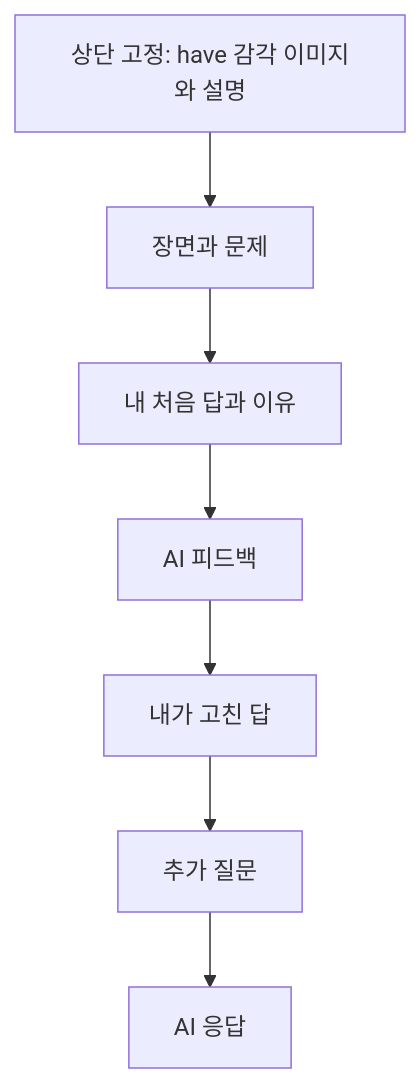
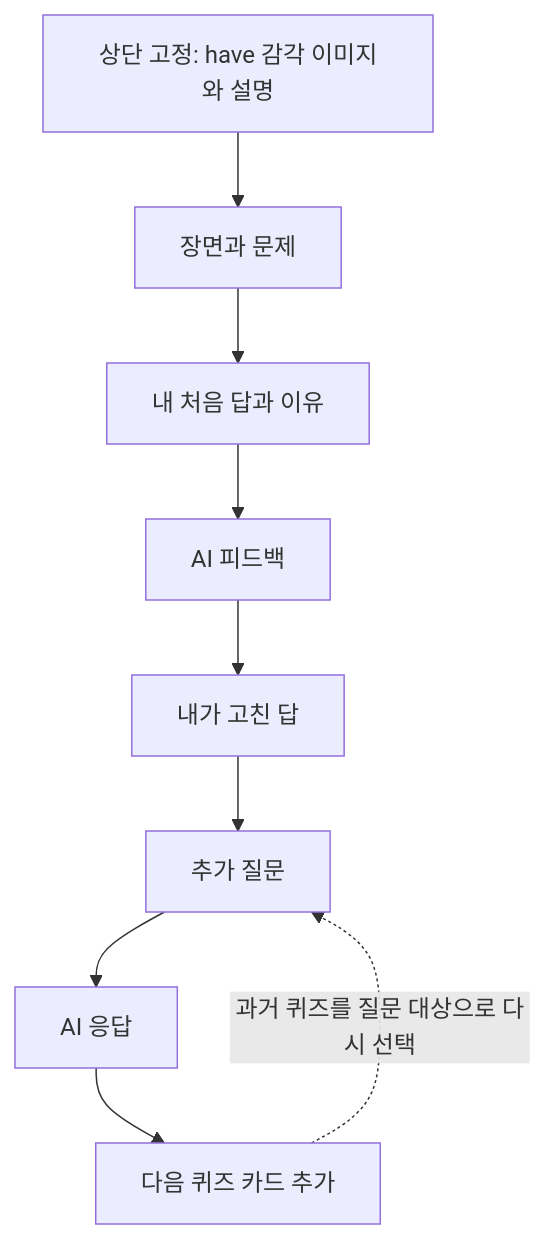
One commit to jaeyoungkang/english-sense changed the diagram in docs/ux-design.md. Above: the diagram before and after it, drawn with Mermaid. The commit also changed other lines of this file and 27 other files, not shown here.

````diff
--- a/docs/ux-design.md
+++ b/docs/ux-design.md
@@ -37,10 +37,12 @@
 ```mermaid
 flowchart TD
   S[상단 고정: have 감각 이미지와 설명]
   S --> Q[장면과 문제]
   Q --> A[내 처음 답과 이유]
   A --> F[AI 피드백]
   F --> R[내가 고친 답]
   R --> U[추가 질문]
   U --> T[AI 응답]
+  T --> N[다음 퀴즈 카드 추가]
+  N -. 과거 퀴즈를 질문 대상으로 다시 선택 .-> U
 ```
````
